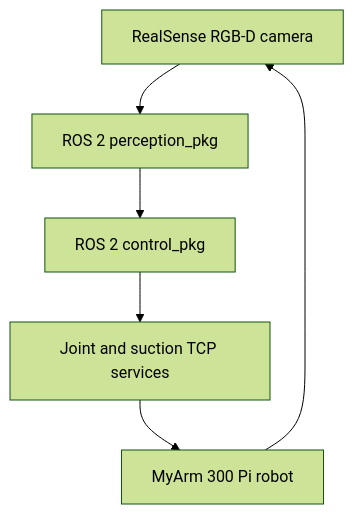
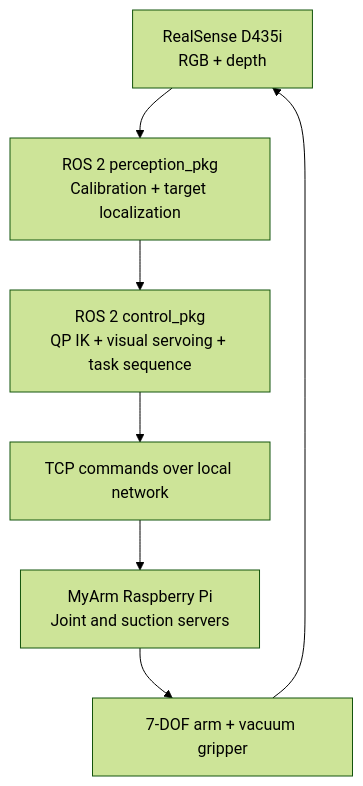
One commit to GiorgosPaspa/perception-guided-robotic-manipulation changed the diagram in README.md. Above: the diagram before and after it, drawn with Mermaid (forest theme). The commit also changed other lines of this file and 42 other files, not shown here.

````diff
--- a/README.md
+++ b/README.md
@@ -23,8 +25,9 @@
 ```mermaid
 flowchart TD
-  Camera[RealSense RGB-D camera] --> Perception[ROS 2 perception_pkg]
-  Perception --> Controller[ROS 2 control_pkg]
-  Controller --> TCP[Joint and suction TCP services]
-  TCP --> Arm[MyArm 300 Pi robot]
-  Arm --> Camera
+    Camera[RealSense D435i<br/>RGB + depth] --> Perception[ROS 2 perception_pkg<br/>Calibration + target localization]
+    Perception --> Control[ROS 2 control_pkg<br/>QP IK + visual servoing + task sequence]
+    Control --> TCP[TCP commands over local network]
+    TCP --> Pi[MyArm Raspberry Pi<br/>Joint and suction servers]
+    Pi --> Arm[7-DOF arm + vacuum gripper]
+    Arm --> Camera
 ```
````
